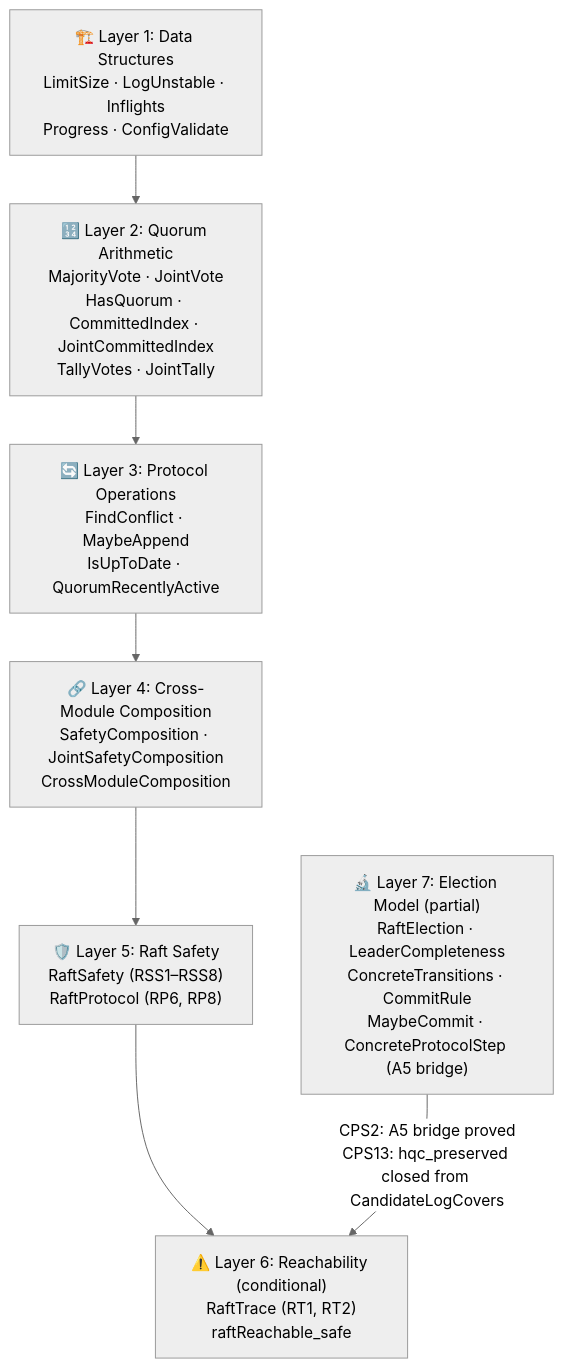
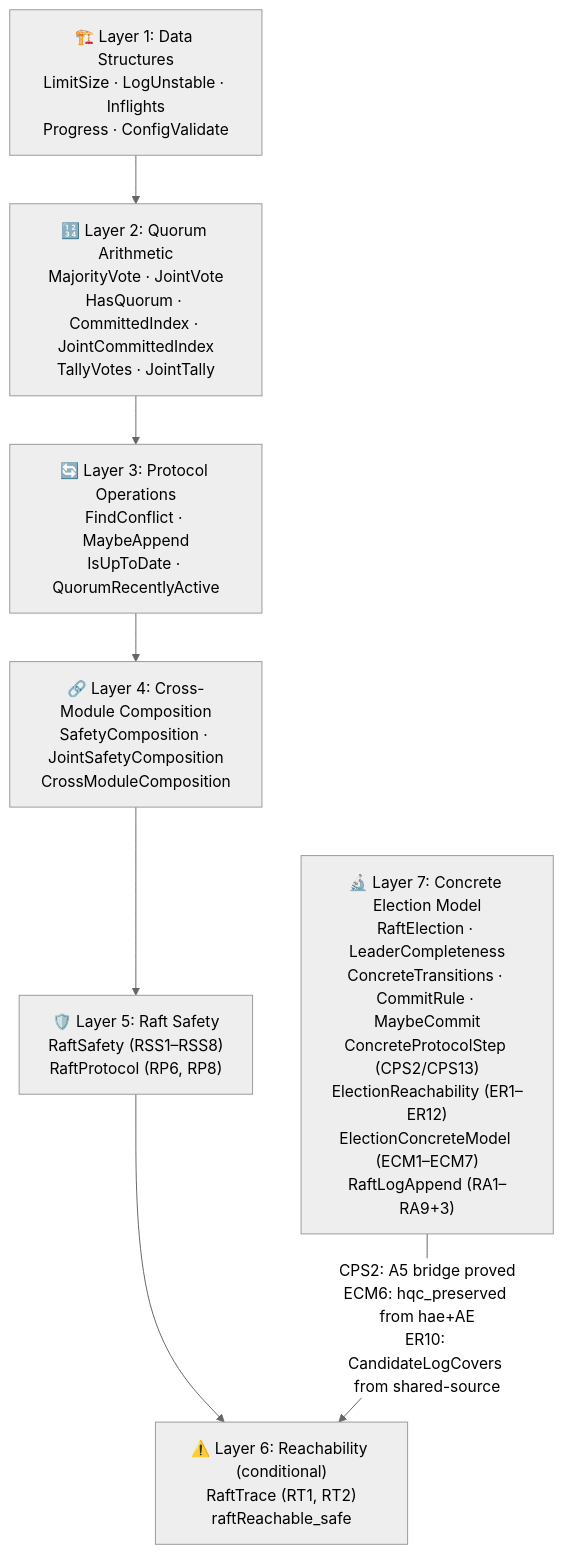
One commit to dsyme/fv-squad changed the first of 11 diagrams in formal-verification/REPORT.md. Above: the diagram before and after it, drawn with Mermaid (neutral theme). The commit also changed other lines of this file and 2 other files, not shown here.

````diff
--- a/formal-verification/REPORT.md
+++ b/formal-verification/REPORT.md
@@ -76,17 +85,17 @@
 ```mermaid
 graph TD
     A["🏗️ Layer 1: Data Structures<br/>LimitSize · LogUnstable · Inflights<br/>Progress · ConfigValidate"]
     B["🔢 Layer 2: Quorum Arithmetic<br/>MajorityVote · JointVote<br/>HasQuorum · CommittedIndex · JointCommittedIndex<br/>TallyVotes · JointTally"]
     C["🔄 Layer 3: Protocol Operations<br/>FindConflict · MaybeAppend<br/>IsUpToDate · QuorumRecentlyActive"]
     D["🔗 Layer 4: Cross-Module Composition<br/>SafetyComposition · JointSafetyComposition<br/>CrossModuleComposition"]
     E["🛡️ Layer 5: Raft Safety<br/>RaftSafety (RSS1–RSS8)<br/>RaftProtocol (RP6, RP8)"]
     F["⚠️ Layer 6: Reachability (conditional)<br/>RaftTrace (RT1, RT2)<br/>raftReachable_safe"]
-    G["🔬 Layer 7: Election Model (partial)<br/>RaftElection · LeaderCompleteness<br/>ConcreteTransitions · CommitRule<br/>MaybeCommit · ConcreteProtocolStep (A5 bridge)"]
+    G["🔬 Layer 7: Concrete Election Model<br/>RaftElection · LeaderCompleteness<br/>ConcreteTransitions · CommitRule · MaybeCommit<br/>ConcreteProtocolStep (CPS2/CPS13)<br/>ElectionReachability (ER1–ER12)<br/>ElectionConcreteModel (ECM1–ECM7)<br/>RaftLogAppend (RA1–RA9+3)"]
 
     A --> B
     B --> C
     C --> D
     D --> E
     E --> F
-    G -->|"CPS2: A5 bridge proved<br/>CPS13: hqc_preserved closed from CandidateLogCovers"| F
+    G -->|"CPS2: A5 bridge proved<br/>ECM6: hqc_preserved from hae+AE<br/>ER10: CandidateLogCovers from shared-source"| F
 ```
````
